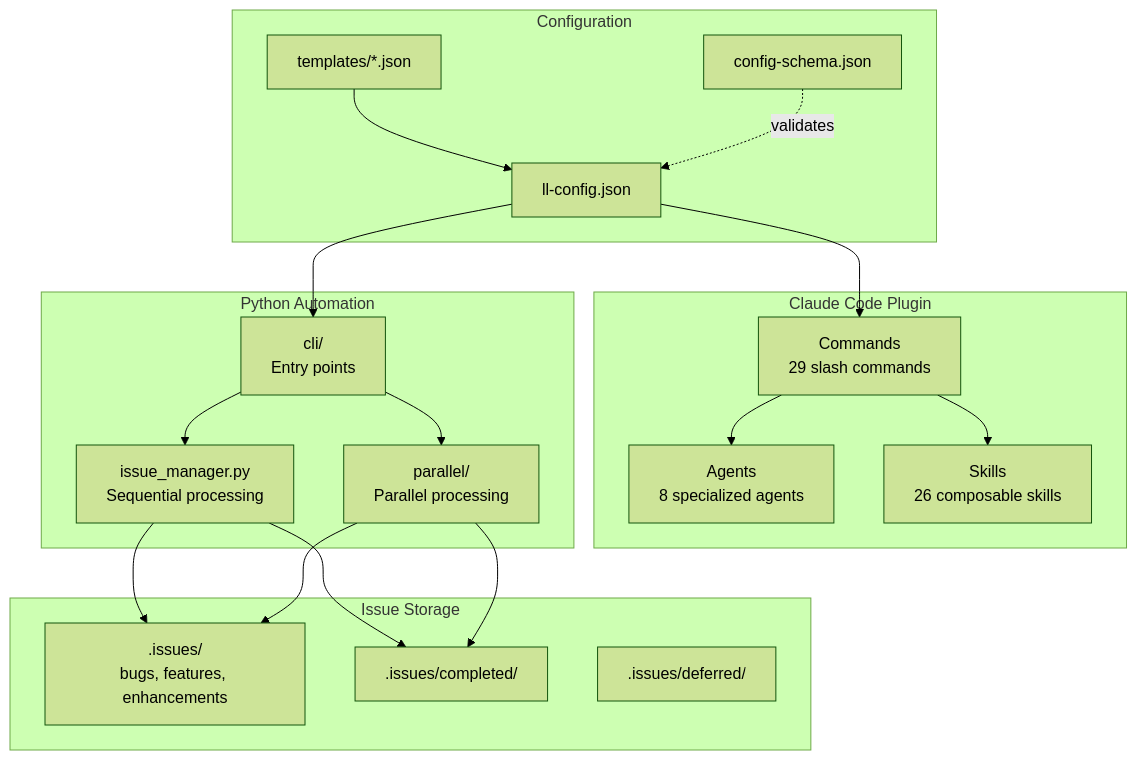
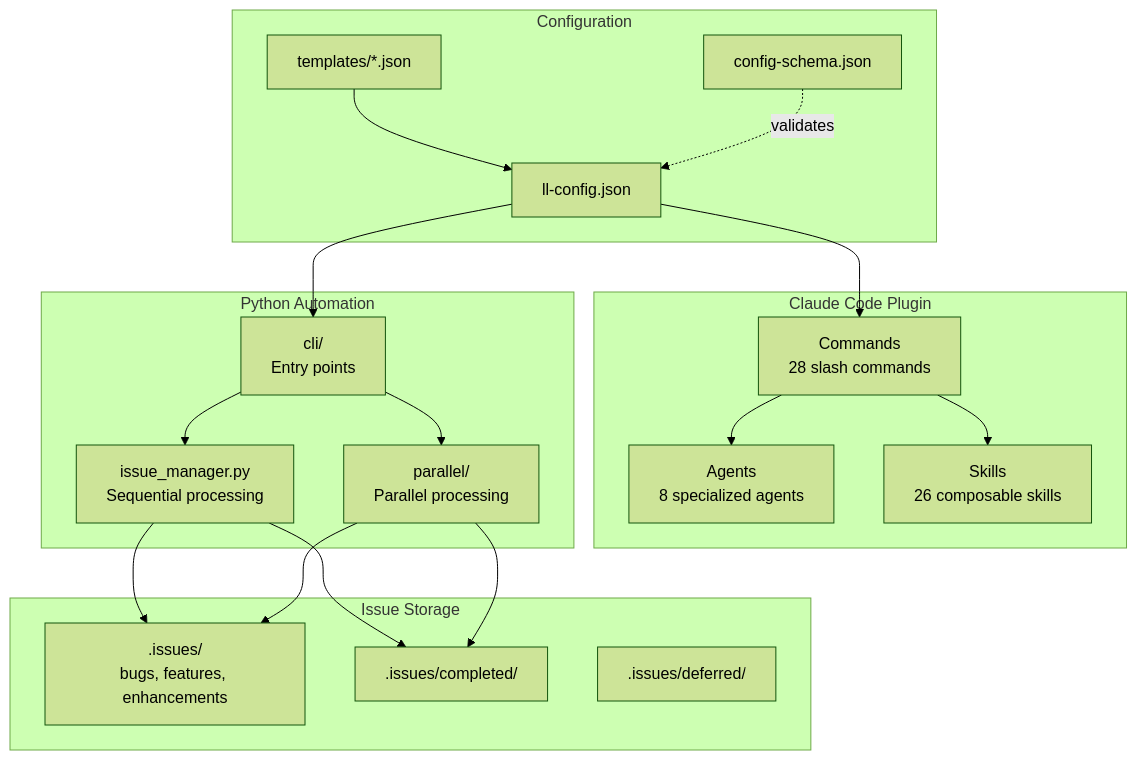
One commit to BrennonTWilliams/little-loops changed the first of 13 diagrams in docs/ARCHITECTURE.md. Above: the diagram before and after it, drawn with Mermaid (forest theme). The commit also changed 2 other files, not shown here.

Commit message:
docs: fix command count (29→28) and loop count (37→38) in README and ARCHITECTURE
Commands count was off by one because publish is project-local (.claude/commands/)
and not shipped in the plugin. Loop count drifted as new loops were added without
updating the README. ll-verify-docs confirmed the command count mismatch; loop
count drift is not yet tracked by that tool (ENH-1038 captures that gap).

````diff
--- a/docs/ARCHITECTURE.md
+++ b/docs/ARCHITECTURE.md
@@ -21,39 +21,39 @@
 ```mermaid
 flowchart TB
     subgraph "Claude Code Plugin"
-        CMD[Commands<br/>29 slash commands]
+        CMD[Commands<br/>28 slash commands]
         AGT[Agents<br/>8 specialized agents]
         SKL[Skills<br/>26 composable skills]
     end
 
     subgraph "Configuration"
         CFG[ll-config.json]
         SCHEMA[config-schema.json]
         TPL[templates/*.json]
     end
 
     subgraph "Python Automation"
         CLI[cli/<br/>Entry points]
         AUTO[issue_manager.py<br/>Sequential processing]
         PARALLEL[parallel/<br/>Parallel processing]
     end
 
     subgraph "Issue Storage"
         ISSUES[.issues/<br/>bugs, features, enhancements]
         COMPLETED[.issues/completed/]
         DEFERRED[.issues/deferred/]
     end
 
     CFG --> CMD
     TPL --> CFG
     SCHEMA -.->|validates| CFG
     CFG --> CLI
     CMD --> AGT
     CMD --> SKL
     CLI --> AUTO
     CLI --> PARALLEL
     AUTO --> ISSUES
     PARALLEL --> ISSUES
     AUTO --> COMPLETED
     PARALLEL --> COMPLETED
 ```
````
